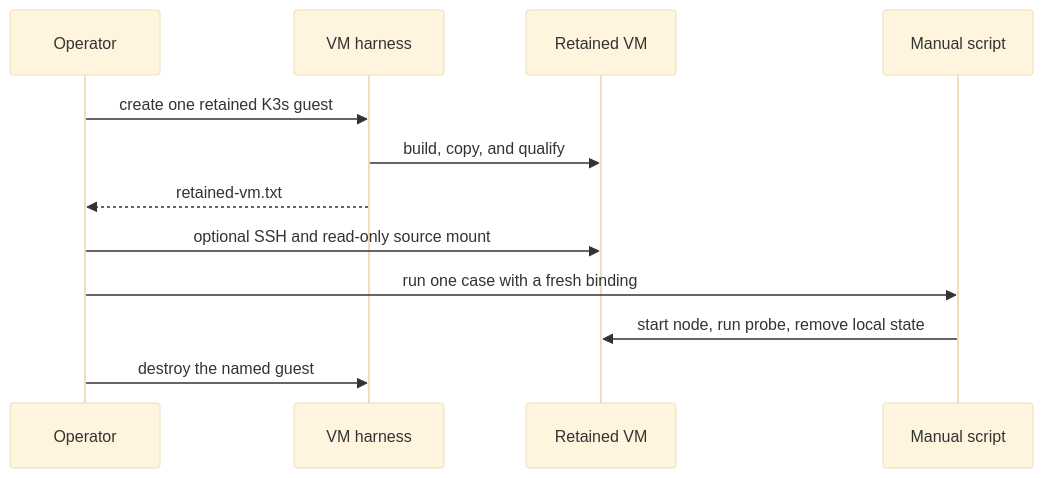
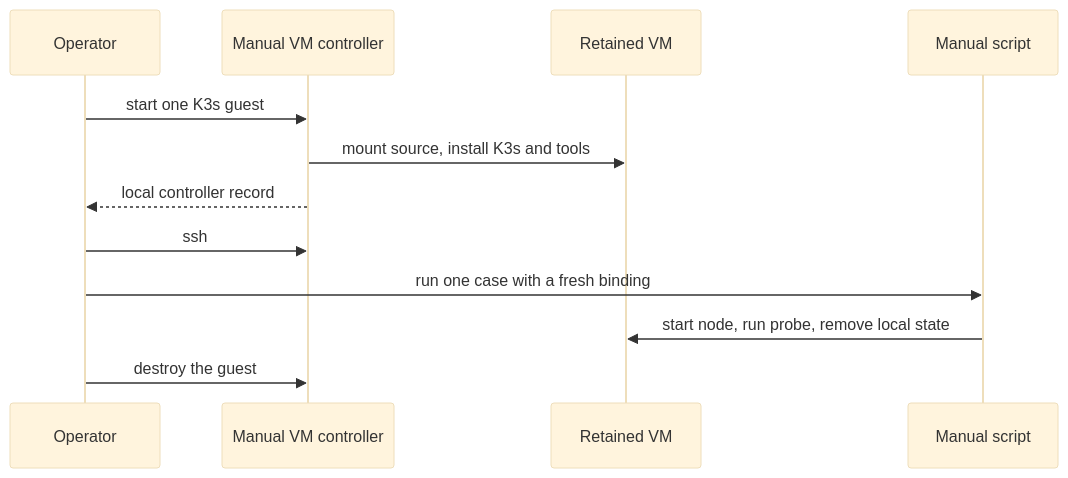
One commit to Ereborlabs/erebor-runtime changed diagram 30 of 30 in docs/plans/mithril-hugging-face-intrusion-prevention/implemented-phase-review.md. Above: the diagram before and after it, drawn with Mermaid (base theme). The commit also changed other lines of this file and 5 other files, not shown here.

Commit message:
feat(mithril): prepare manual K3s VM tools

````diff
--- a/docs/plans/mithril-hugging-face-intrusion-prevention/implemented-phase-review.md
+++ b/docs/plans/mithril-hugging-face-intrusion-prevention/implemented-phase-review.md
@@ -2211,15 +2217,15 @@
 ```mermaid
 sequenceDiagram
     participant O as Operator
-    participant H as VM harness
+    participant H as Manual VM controller
     participant V as Retained VM
     participant S as Manual script
 
-    O->>H: create one retained K3s guest
-    H->>V: build, copy, and qualify
-    H-->>O: retained-vm.txt
-    O->>V: optional SSH and read-only source mount
+    O->>H: start one K3s guest
+    H->>V: mount source, install K3s and tools
+    H-->>O: local controller record
+    O->>H: ssh
     O->>S: run one case with a fresh binding
     S->>V: start node, run probe, remove local state
-    O->>H: destroy the named guest
+    O->>H: destroy the guest
 ```
````
